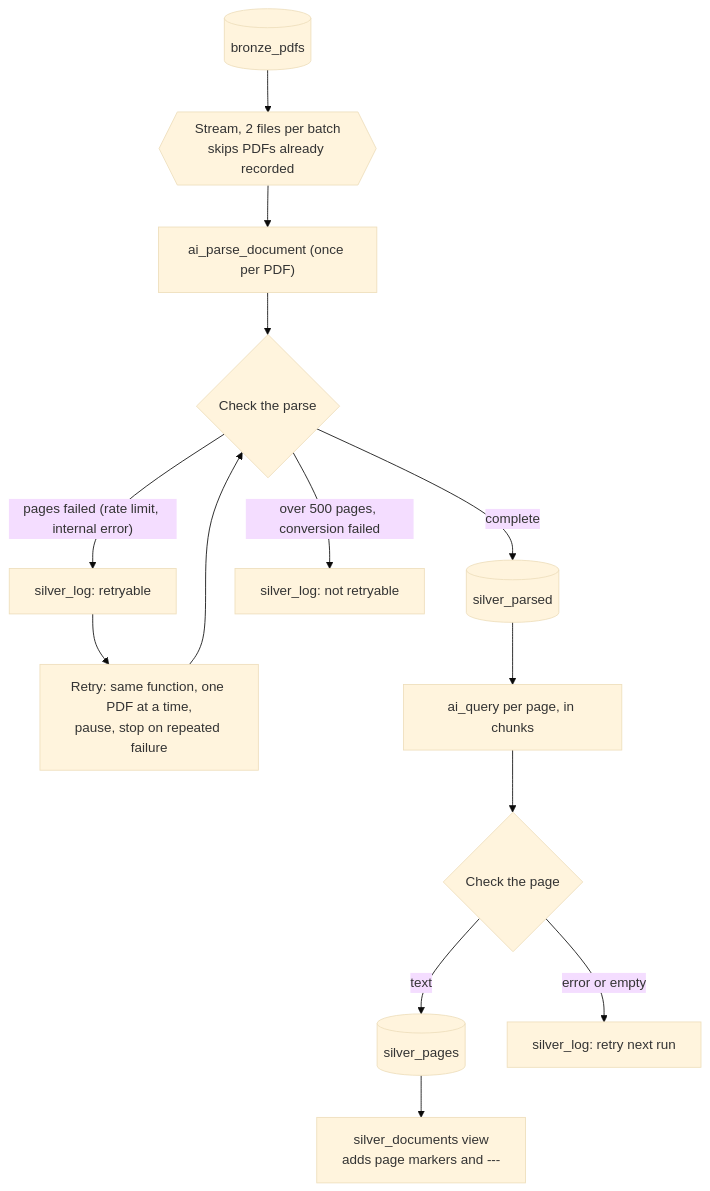
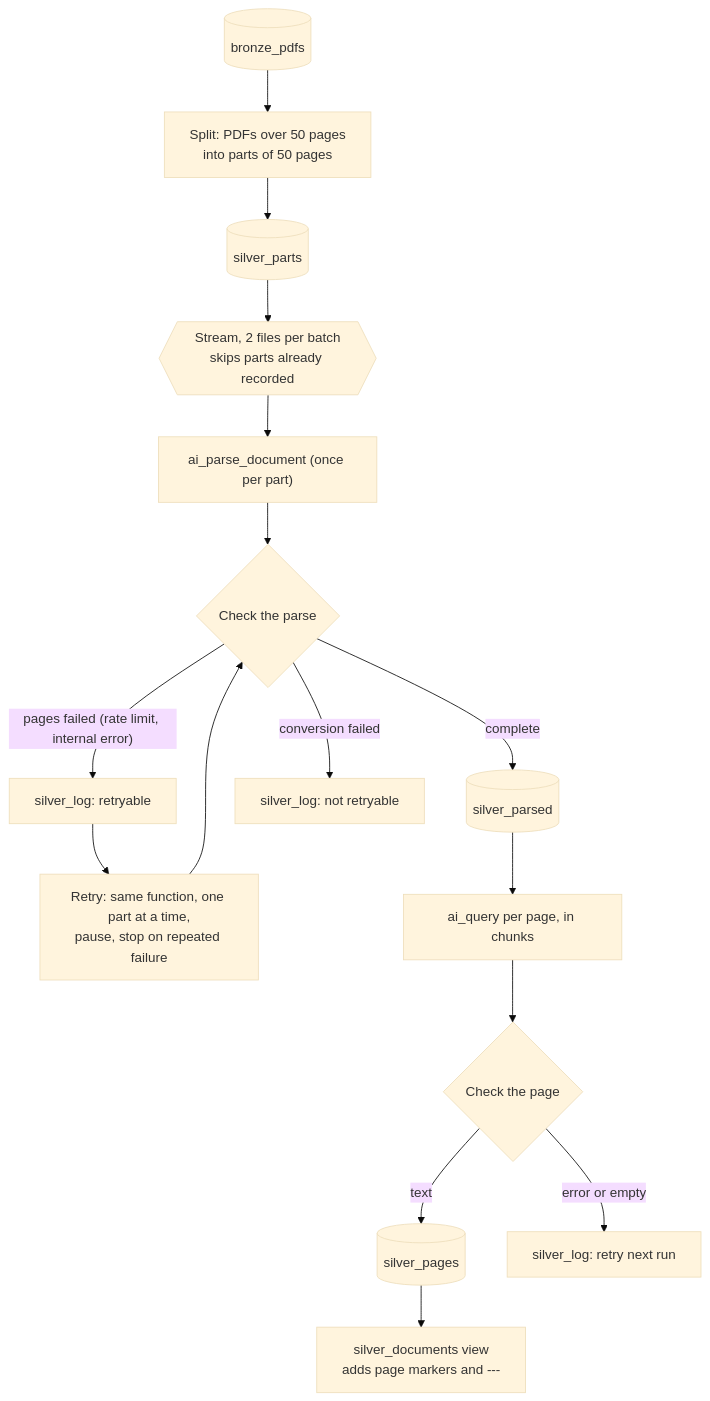
One commit to SuddhaswattaMaityUK/dbx-finance-bench-rag changed the second of 2 diagrams in README.md. Above: the diagram before and after it, drawn with Mermaid (base theme). The commit also changed other lines of this file and 13 other files, not shown here.

First line of the commit message:
Split long PDFs into parts of 50 pages before parsing

````diff
--- a/README.md
+++ b/README.md
@@ -104,16 +106,18 @@
 ```mermaid
 flowchart TD
-    B[(bronze_pdfs)] --> S{{"Stream, 2 files per batch<br/>skips PDFs already recorded"}}
-    S --> A["ai_parse_document (once per PDF)"]
+    B[(bronze_pdfs)] --> X["Split: PDFs over 50 pages<br/>into parts of 50 pages"]
+    X --> T[(silver_parts)]
+    T --> S{{"Stream, 2 files per batch<br/>skips parts already recorded"}}
+    S --> A["ai_parse_document (once per part)"]
     A --> C{"Check the parse"}
     C -- "complete" --> P[(silver_parsed)]
     C -- "pages failed (rate limit, internal error)" --> L1["silver_log: retryable"]
-    C -- "over 500 pages, conversion failed" --> L2["silver_log: not retryable"]
-    L1 --> R["Retry: same function, one PDF at a time,<br/>pause, stop on repeated failure"]
+    C -- "conversion failed" --> L2["silver_log: not retryable"]
+    L1 --> R["Retry: same function, one part at a time,<br/>pause, stop on repeated failure"]
     R --> C
     P --> Q["ai_query per page, in chunks"]
     Q --> K{"Check the page"}
     K -- "text" --> PG[(silver_pages)]
     K -- "error or empty" --> L3["silver_log: retry next run"]
     PG --> V["silver_documents view<br/>adds page markers and ---"]
 ```
````
